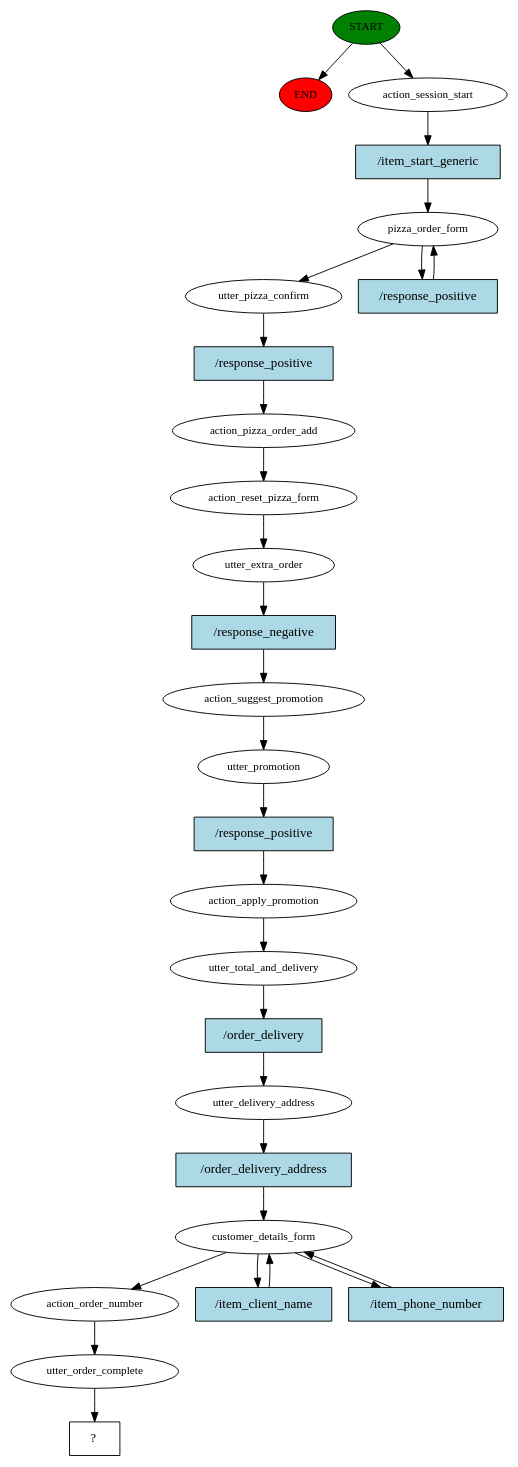
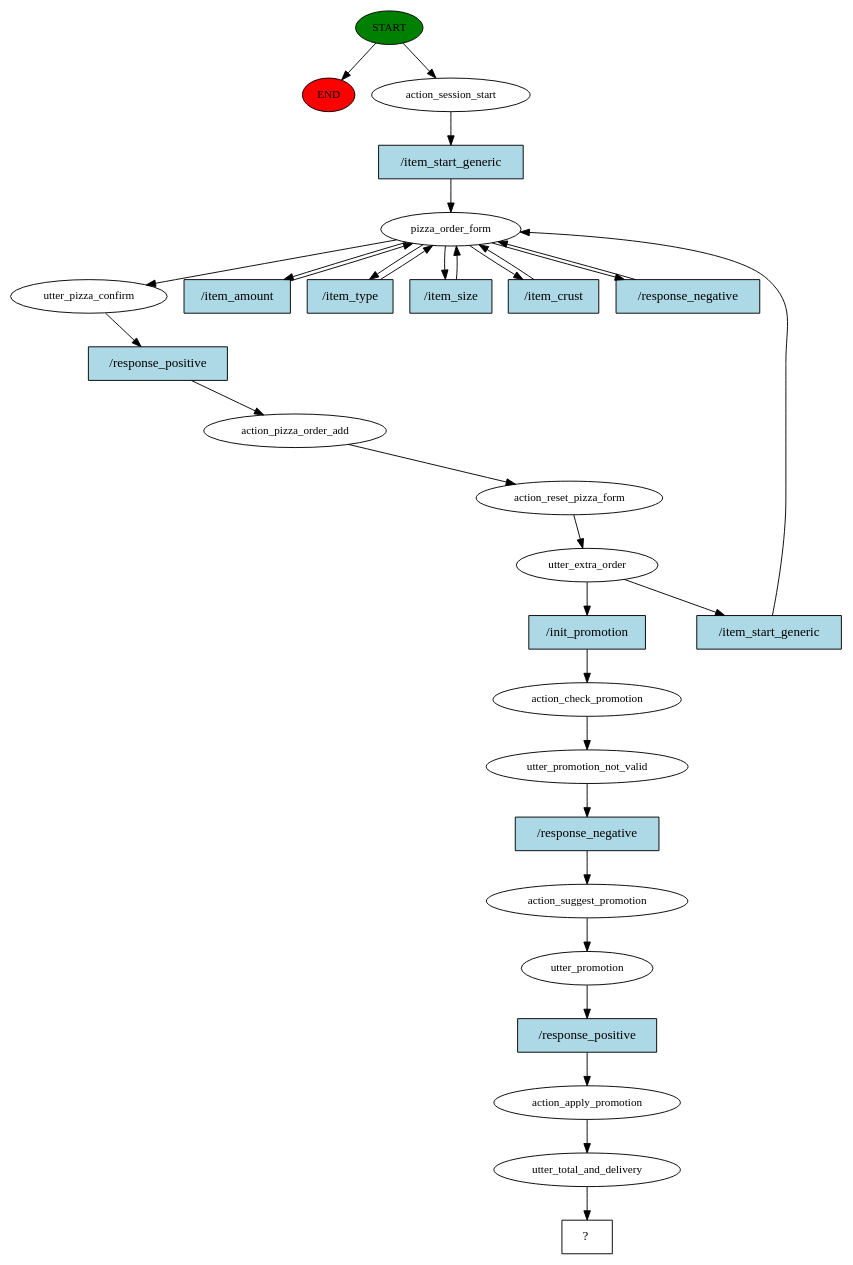
Before and after one commit to pasterzewa/HMD-PizzaBot-project: the diagram in story_graph.dot, drawn with Graphviz. The commit also changed 129 other files, not shown here.

```diff
--- a/story_graph.dot
+++ b/story_graph.dot
@@ -1,56 +1,59 @@
 digraph  {
 0 [class="start active", fillcolor=green, fontsize=12, label=START, style=filled];
 "-1" [class=end, fillcolor=red, fontsize=12, label=END, style=filled];
 1 [class=active, fontsize=12, label=action_session_start];
 2 [class=active, fontsize=12, label=pizza_order_form];
-4 [class=active, fontsize=12, label=utter_pizza_confirm];
-5 [class=active, fontsize=12, label=action_pizza_order_add];
-6 [class=active, fontsize=12, label=action_reset_pizza_form];
-7 [class=active, fontsize=12, label=utter_extra_order];
-8 [class=active, fontsize=12, label=action_suggest_promotion];
-9 [class=active, fontsize=12, label=utter_promotion];
-10 [class=active, fontsize=12, label=action_apply_promotion];
-11 [class=active, fontsize=12, label=utter_total_and_delivery];
-12 [class=active, fontsize=12, label=utter_delivery_address];
-13 [class=active, fontsize=12, label=customer_details_form];
-16 [class=active, fontsize=12, label=action_order_number];
-17 [class=active, fontsize=12, label=utter_order_complete];
-18 [class="intent dashed active", label="  ?  ", shape=rect];
-19 [class="intent active", fillcolor=lightblue, label="/item_start_generic", shape=rect, style=filled];
-20 [class="intent active", fillcolor=lightblue, label="/response_positive", shape=rect, style=filled];
-21 [class="intent active", fillcolor=lightblue, label="/response_positive", shape=rect, style=filled];
-22 [class="intent active", fillcolor=lightblue, label="/response_negative", shape=rect, style=filled];
-23 [class="intent active", fillcolor=lightblue, label="/response_positive", shape=rect, style=filled];
-24 [class="intent active", fillcolor=lightblue, label="/order_delivery", shape=rect, style=filled];
-25 [class="intent active", fillcolor=lightblue, label="/order_delivery_address", shape=rect, style=filled];
-26 [class="intent active", fillcolor=lightblue, label="/item_client_name", shape=rect, style=filled];
-27 [class="intent active", fillcolor=lightblue, label="/item_phone_number", shape=rect, style=filled];
+8 [class=active, fontsize=12, label=utter_pizza_confirm];
+9 [class=active, fontsize=12, label=action_pizza_order_add];
+10 [class=active, fontsize=12, label=action_reset_pizza_form];
+11 [class=active, fontsize=12, label=utter_extra_order];
+21 [class=active, fontsize=12, label=action_check_promotion];
+22 [class=active, fontsize=12, label=utter_promotion_not_valid];
+23 [class=active, fontsize=12, label=action_suggest_promotion];
+24 [class=active, fontsize=12, label=utter_promotion];
+25 [class=active, fontsize=12, label=action_apply_promotion];
+26 [class=active, fontsize=12, label=utter_total_and_delivery];
+27 [class="intent dashed active", label="  ?  ", shape=rect];
+28 [class="intent active", fillcolor=lightblue, label="/item_start_generic", shape=rect, style=filled];
+29 [class="intent active", fillcolor=lightblue, label="/item_amount", shape=rect, style=filled];
+30 [class="intent active", fillcolor=lightblue, label="/item_type", shape=rect, style=filled];
+31 [class="intent active", fillcolor=lightblue, label="/item_size", shape=rect, style=filled];
+32 [class="intent active", fillcolor=lightblue, label="/item_crust", shape=rect, style=filled];
+33 [class="intent active", fillcolor=lightblue, label="/response_negative", shape=rect, style=filled];
+34 [class="intent active", fillcolor=lightblue, label="/response_positive", shape=rect, style=filled];
+35 [class="intent active", fillcolor=lightblue, label="/init_promotion", shape=rect, style=filled];
+36 [class="intent active", fillcolor=lightblue, label="/item_start_generic", shape=rect, style=filled];
+37 [class="intent active", fillcolor=lightblue, label="/response_negative", shape=rect, style=filled];
+38 [class="intent active", fillcolor=lightblue, label="/response_positive", shape=rect, style=filled];
 0 -> "-1"  [class="", key=NONE, label=""];
 0 -> 1  [class=active, key=NONE, label=""];
-1 -> 19  [class=active, key=0];
-2 -> 4  [class=active, key=NONE, label=""];
-2 -> 20  [class=active, key=0];
-4 -> 21  [class=active, key=0];
-5 -> 6  [class=active, key=NONE, label=""];
-6 -> 7  [class=active, key=NONE, label=""];
-7 -> 22  [class=active, key=0];
-8 -> 9  [class=active, key=NONE, label=""];
-9 -> 23  [class=active, key=0];
+1 -> 28  [class=active, key=0];
+2 -> 8  [class=active, key=NONE, label=""];
+2 -> 29  [class=active, key=0];
+2 -> 30  [class=active, key=0];
+2 -> 31  [class=active, key=0];
+2 -> 32  [class=active, key=0];
+2 -> 33  [class=active, key=0];
+8 -> 34  [class=active, key=0];
+9 -> 10  [class=active, key=NONE, label=""];
 10 -> 11  [class=active, key=NONE, label=""];
-11 -> 24  [class=active, key=0];
-12 -> 25  [class=active, key=0];
-13 -> 16  [class=active, key=NONE, label=""];
-13 -> 26  [class=active, key=0];
-13 -> 27  [class=active, key=0];
-16 -> 17  [class=active, key=NONE, label=""];
-17 -> 18  [class=active, key=NONE, label=""];
-19 -> 2  [class=active, key=0];
-20 -> 2  [class=active, key=0];
-21 -> 5  [class=active, key=0];
-22 -> 8  [class=active, key=0];
-23 -> 10  [class=active, key=0];
-24 -> 12  [class=active, key=0];
-25 -> 13  [class=active, key=0];
-26 -> 13  [class=active, key=0];
-27 -> 13  [class=active, key=0];
+11 -> 35  [class=active, key=0];
+11 -> 36  [class=active, key=0];
+21 -> 22  [class=active, key=NONE, label=""];
+22 -> 37  [class=active, key=0];
+23 -> 24  [class=active, key=NONE, label=""];
+24 -> 38  [class=active, key=0];
+25 -> 26  [class=active, key=NONE, label=""];
+26 -> 27  [class=active, key=NONE, label=""];
+28 -> 2  [class=active, key=0];
+29 -> 2  [class=active, key=0];
+30 -> 2  [class=active, key=0];
+31 -> 2  [class=active, key=0];
+32 -> 2  [class=active, key=0];
+33 -> 2  [class=active, key=0];
+34 -> 9  [class=active, key=0];
+35 -> 21  [class=active, key=0];
+36 -> 2  [class=active, key=0];
+37 -> 23  [class=active, key=0];
+38 -> 25  [class=active, key=0];
 }
```
